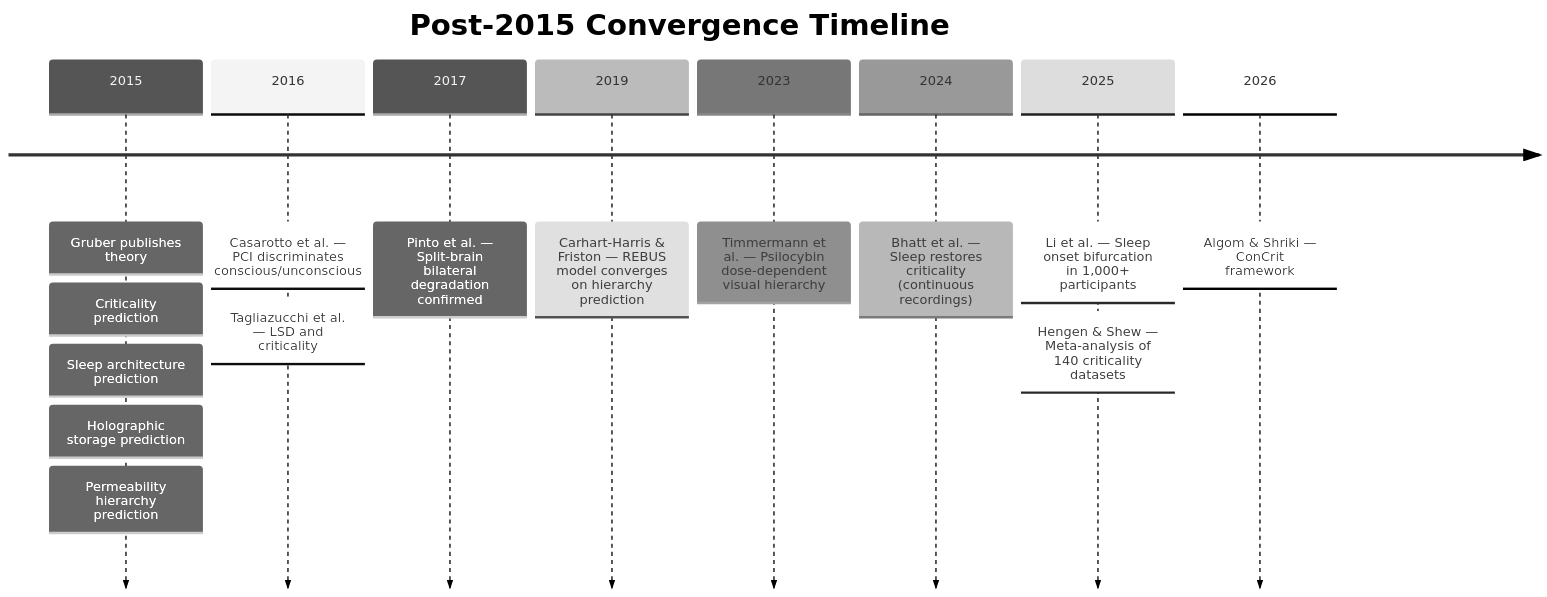
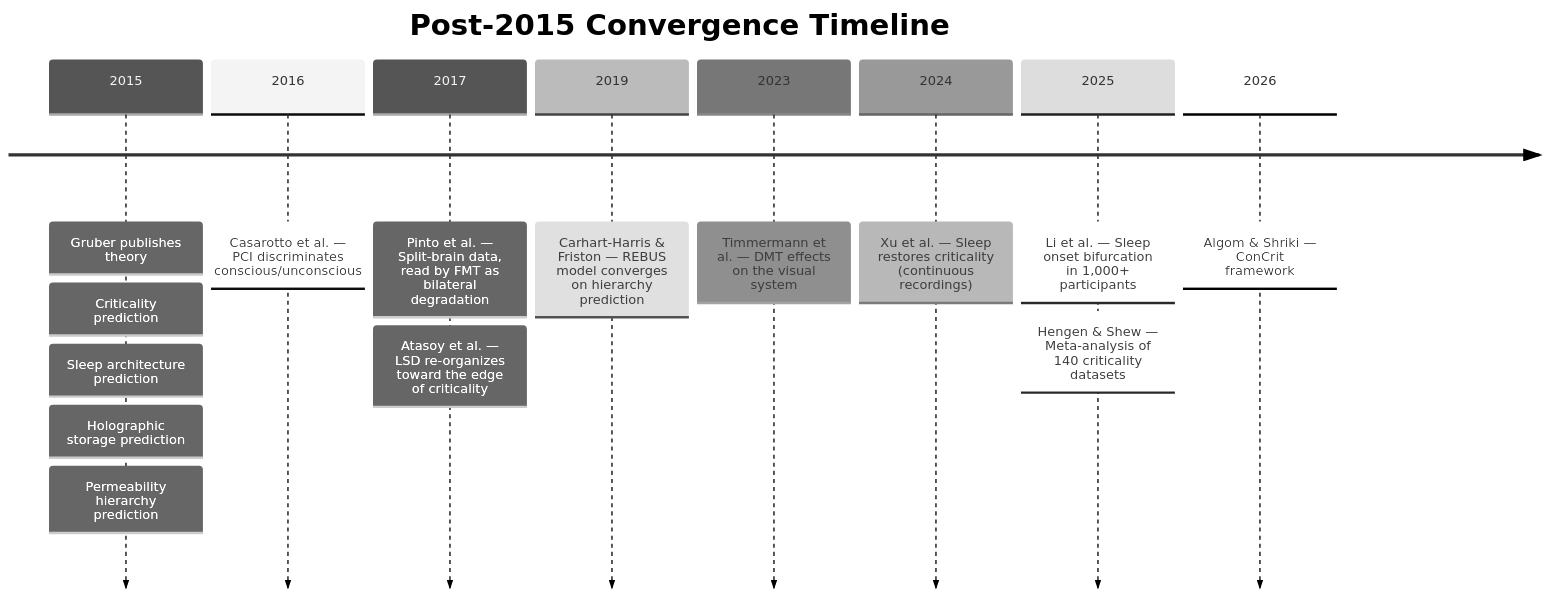
The diagram in wiki/predictions/confirmed.md (JeltzProstetnic/aIware), drawn with Mermaid (neutral theme) before and after one commit. The commit also changed other lines of this file and 124 other files, not shown here.

````diff
--- a/wiki/predictions/confirmed.md
+++ b/wiki/predictions/confirmed.md
@@ -37,18 +37,18 @@
 ```mermaid
 timeline
     title Post-2015 Convergence Timeline
     2015 : Gruber publishes theory
          : Criticality prediction
          : Sleep architecture prediction
          : Holographic storage prediction
          : Permeability hierarchy prediction
     2016 : Casarotto et al. — PCI discriminates conscious/unconscious
-         : Tagliazucchi et al. — LSD and criticality
-    2017 : Pinto et al. — Split-brain bilateral degradation confirmed
+    2017 : Pinto et al. — Split-brain data, read by FMT as bilateral degradation
+         : Atasoy et al. — LSD re-organizes toward the edge of criticality
     2019 : Carhart-Harris & Friston — REBUS model converges on hierarchy prediction
-    2023 : Timmermann et al. — Psilocybin dose-dependent visual hierarchy
-    2024 : Bhatt et al. — Sleep restores criticality (continuous recordings)
+    2023 : Timmermann et al. — DMT effects on the visual system
+    2024 : Xu et al. — Sleep restores criticality (continuous recordings)
     2025 : Li et al. — Sleep onset bifurcation in 1,000+ participants
          : Hengen & Shew — Meta-analysis of 140 criticality datasets
     2026 : Algom & Shriki — ConCrit framework
 ```
````
